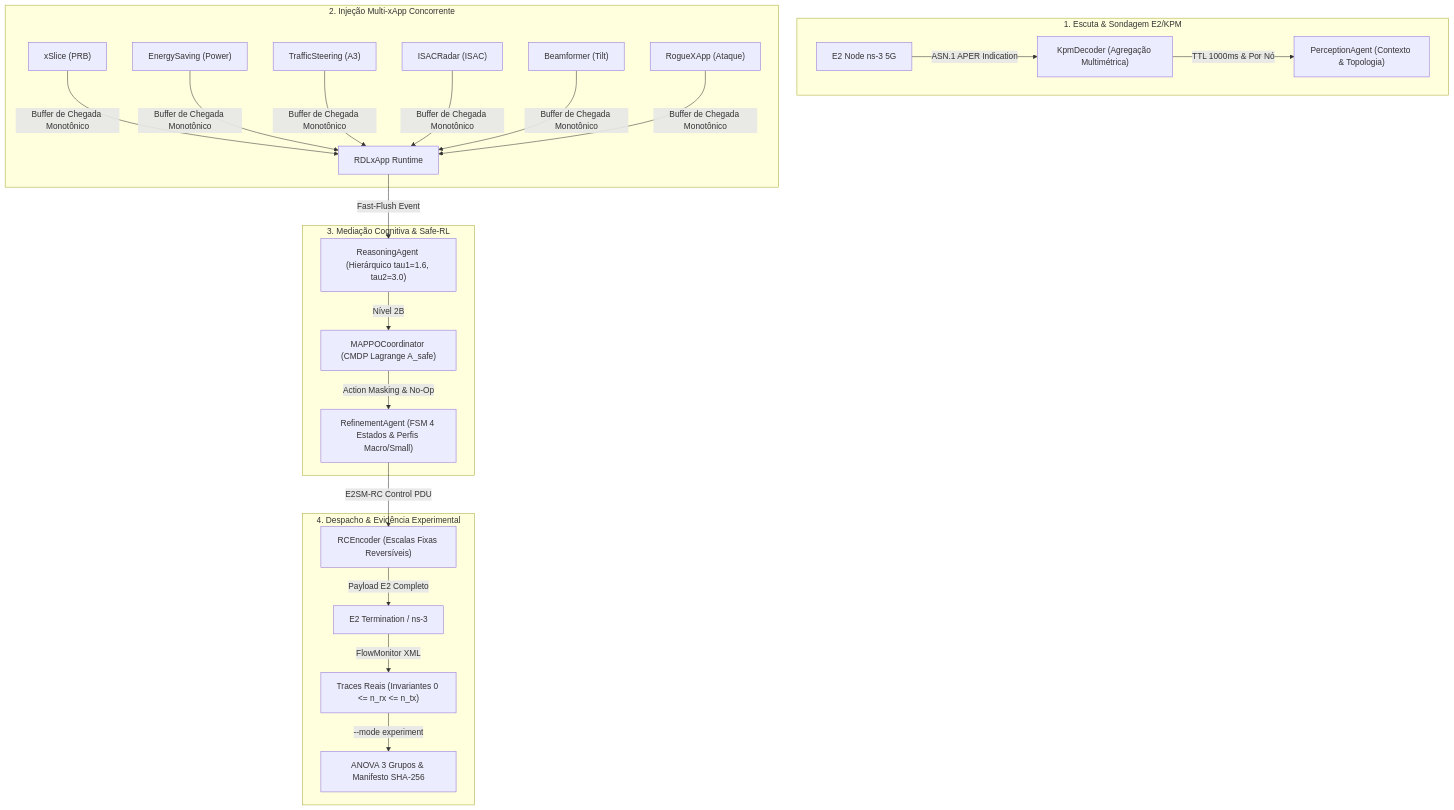
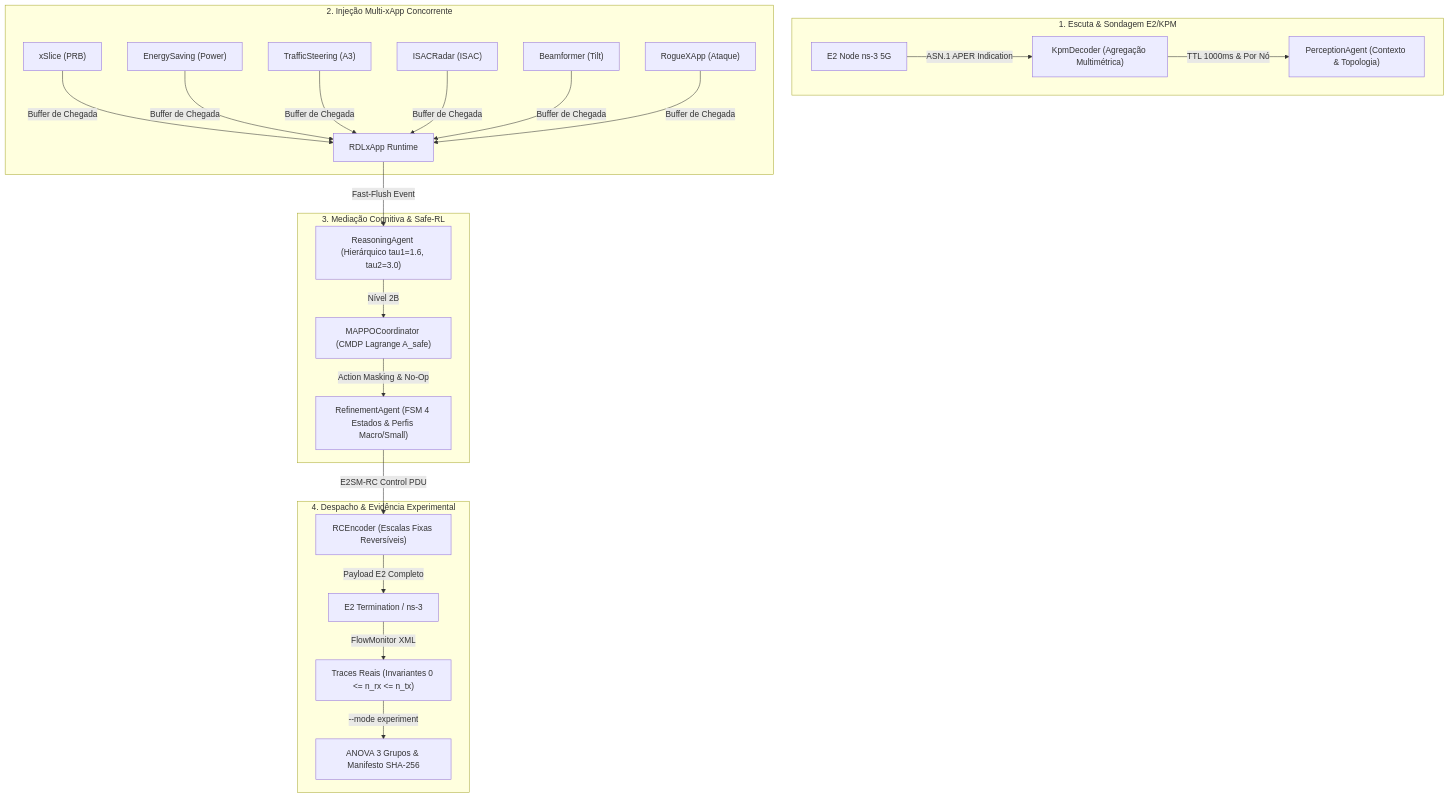
The seventh of 8 diagrams in docs/16_plano_resolucao_desafios_capitulos_6_e_7.md (georgebarbosa3090/XApp-RDL-F2), drawn with Mermaid before and after one commit. The commit also changed 15 other files, not shown here.

Commit message:
fix(docs): fix mermaid diagrams syntax and fix fallback MAPPO/Helm rollout timeout

````diff
--- a/docs/16_plano_resolucao_desafios_capitulos_6_e_7.md
+++ b/docs/16_plano_resolucao_desafios_capitulos_6_e_7.md
@@ -566,24 +566,35 @@
 ```mermaid
 flowchart TD
     subgraph S1["1. Escuta & Sondagem E2/KPM"]
-        K1["E2 Node ns-3 5G"] -->|ASN.1 APER Indication| K2["KpmDecoder (Agregação Multimétrica)"]
-        K2 -->|TTL 1000ms & Por Nó| K3["PerceptionAgent (Contexto & Topologia)"]
+        K1["E2 Node ns-3 5G"] -->|"ASN.1 APER Indication"| K2["KpmDecoder (Agregação Multimétrica)"]
+        K2 -->|"TTL 1000ms & Por Nó"| K3["PerceptionAgent (Contexto & Topologia)"]
     end
 
     subgraph S2["2. Injeção Multi-xApp Concorrente"]
-        X1["xSlice (PRB)"] & X2["EnergySaving (Power)"] & X3["TrafficSteering (A3)"] & X4["ISACRadar (ISAC)"] & X5["Beamformer (Tilt)"] & X6["RogueXApp (Ataque)"] -->|Buffer de Chegada Monotônico| R1["RDLxApp Runtime"]
+        X1["xSlice (PRB)"]
+        X2["EnergySaving (Power)"]
+        X3["TrafficSteering (A3)"]
+        X4["ISACRadar (ISAC)"]
+        X5["Beamformer (Tilt)"]
+        X6["RogueXApp (Ataque)"]
+        X1 -->|"Buffer de Chegada"| R1["RDLxApp Runtime"]
+        X2 -->|"Buffer de Chegada"| R1
+        X3 -->|"Buffer de Chegada"| R1
+        X4 -->|"Buffer de Chegada"| R1
+        X5 -->|"Buffer de Chegada"| R1
+        X6 -->|"Buffer de Chegada"| R1
     end
 
     subgraph S3["3. Mediação Cognitiva & Safe-RL"]
-        R1 -->|Fast-Flush Event| REAS["ReasoningAgent (Hierárquico tau1=1.6, tau2=3.0)"]
-        REAS -->|Nível 2B| MARL["MAPPOCoordinator (CMDP Lagrange A_safe)"]
-        MARL -->|Action Masking & No-Op| REF["RefinementAgent (FSM 4 Estados & Perfis Macro/Small)"]
+        R1 -->|"Fast-Flush Event"| REAS["ReasoningAgent (Hierárquico tau1=1.6, tau2=3.0)"]
+        REAS -->|"Nível 2B"| MARL["MAPPOCoordinator (CMDP Lagrange A_safe)"]
+        MARL -->|"Action Masking & No-Op"| REF["RefinementAgent (FSM 4 Estados & Perfis Macro/Small)"]
     end
 
     subgraph S4["4. Despacho & Evidência Experimental"]
-        REF -->|E2SM-RC Control PDU| CODEC["RCEncoder (Escalas Fixas Reversíveis)"]
-        CODEC -->|Payload E2 Completo| E2T["E2 Termination / ns-3"]
-        E2T -->|FlowMonitor XML| TRACES["Traces Reais (Invariantes 0 <= n_rx <= n_tx)"]
-        TRACES -->|--mode experiment| ANOVA["ANOVA 3 Grupos & Manifesto SHA-256"]
+        REF -->|"E2SM-RC Control PDU"| CODEC["RCEncoder (Escalas Fixas Reversíveis)"]
+        CODEC -->|"Payload E2 Completo"| E2T["E2 Termination / ns-3"]
+        E2T -->|"FlowMonitor XML"| TRACES["Traces Reais (Invariantes 0 <= n_rx <= n_tx)"]
+        TRACES -->|"--mode experiment"| ANOVA["ANOVA 3 Grupos & Manifesto SHA-256"]
     end
 ```
````
